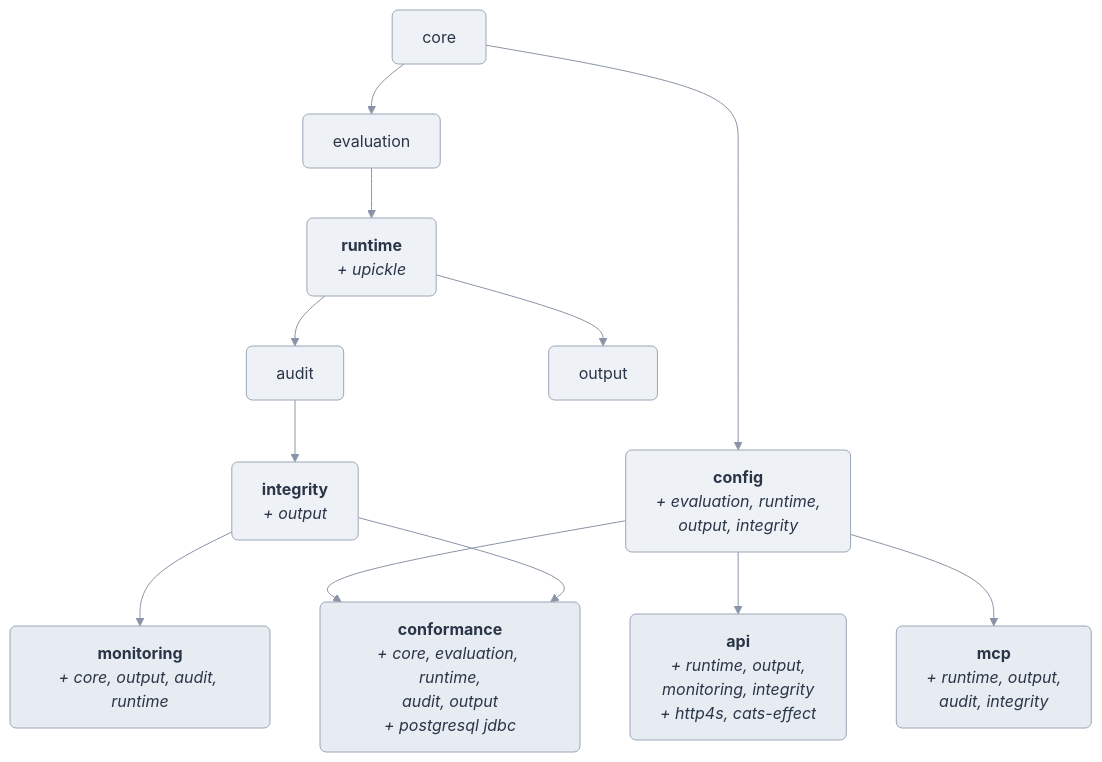
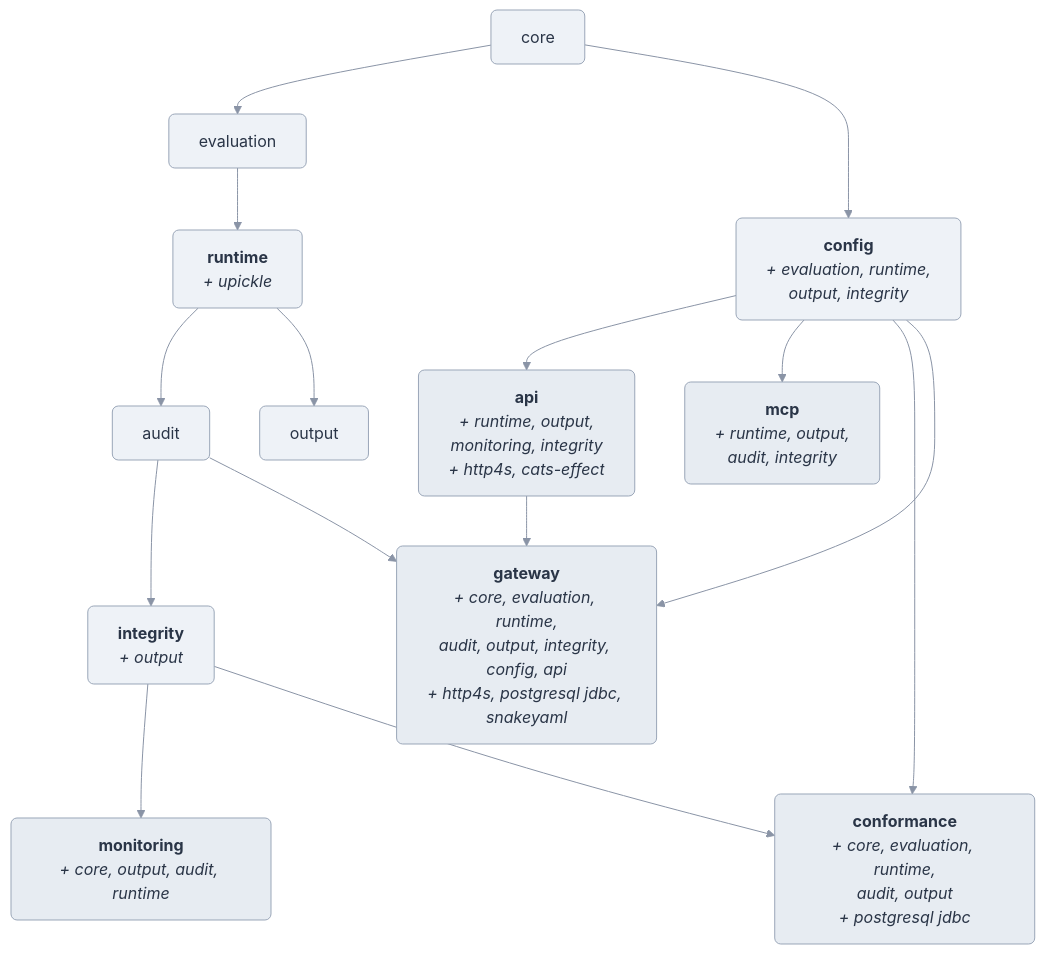
The second of 2 diagrams in docs/architecture.md (davecallaghan/clad), drawn with Mermaid before and after one commit. The commit also changed other lines of this file and 12 other files, not shown here.

````diff
--- a/docs/architecture.md
+++ b/docs/architecture.md
@@ -30,25 +30,30 @@
 ```mermaid
 %%{init: {"theme": "base", "themeVariables": {"fontFamily": "Georgia, serif", "fontSize": "16px", "lineColor": "#8a94a6"}}}%%
 flowchart TD
     core --> evaluation --> runtime
     runtime --> audit --> integrity --> monitoring
     runtime --> output
     core --> config
     config --> api
     config --> mcp
     config --> conformance
     integrity --> conformance
+    api --> gateway
+    audit --> gateway
+    config --> gateway
 
     runtime["<b>runtime</b><br/><i>+ upickle</i>"]
     integrity["<b>integrity</b><br/><i>+ output</i>"]
     monitoring["<b>monitoring</b><br/><i>+ core, output, audit, runtime</i>"]
     config["<b>config</b><br/><i>+ evaluation, runtime,<br/>output, integrity</i>"]
     api["<b>api</b><br/><i>+ runtime, output,<br/>monitoring, integrity</i><br/><i>+ http4s, cats-effect</i>"]
     mcp["<b>mcp</b><br/><i>+ runtime, output,<br/>audit, integrity</i>"]
     conformance["<b>conformance</b><br/><i>+ core, evaluation, runtime,<br/>audit, output</i><br/><i>+ postgresql jdbc</i>"]
 
+    gateway["<b>gateway</b><br/><i>+ core, evaluation, runtime,<br/>audit, output, integrity, config, api</i><br/><i>+ http4s, postgresql jdbc, snakeyaml</i>"]
+
     classDef mod fill:#eef2f7,stroke:#9aa6b8,color:#2a3547,rx:6,ry:6;
     classDef leaf fill:#e7ecf2,stroke:#9aa6b8,color:#2a3547,rx:6,ry:6;
     class core,evaluation,runtime,audit,integrity,output,config mod;
-    class monitoring,api,mcp,conformance leaf;
+    class monitoring,api,mcp,conformance,gateway leaf;
 ```
````
